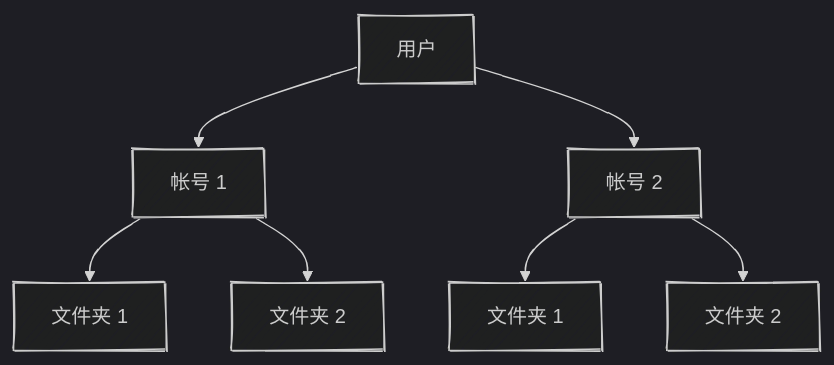
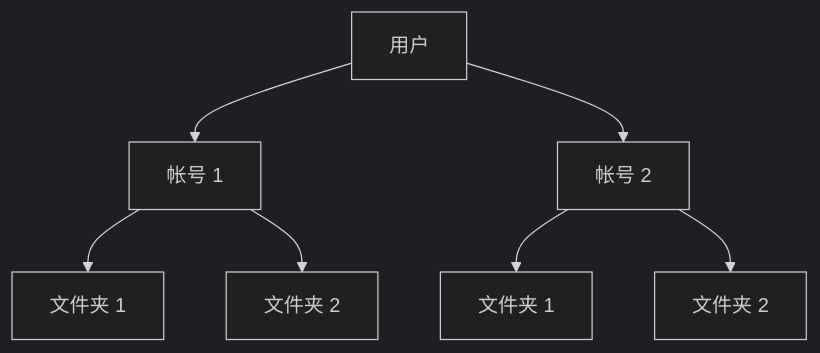
One commit to leungsekyu/leungsekyu-blog changed the diagram in src/content/blog/hoh-frontend-1.md. Above: the diagram before and after it, drawn with Mermaid (dark theme). The commit also changed other lines of this file, not shown here.

Commit message:
测试：取消 Mermaid 手绘风格（渲染不全）

````diff
--- a/src/content/blog/hoh-frontend-1.md
+++ b/src/content/blog/hoh-frontend-1.md
@@ -48,13 +48,12 @@
 ```mermaid
-%%{init: {'look': 'handDrawn'}}%%
 graph TD
   A[用户]
     B[帐号 1]
       B --> B1[文件夹 1]
       B --> B2[文件夹 2]
     C[帐号 2]
       C --> C1[文件夹 1]
       C --> C2[文件夹 2]
   A --> B
   A --> C
 ```
````
